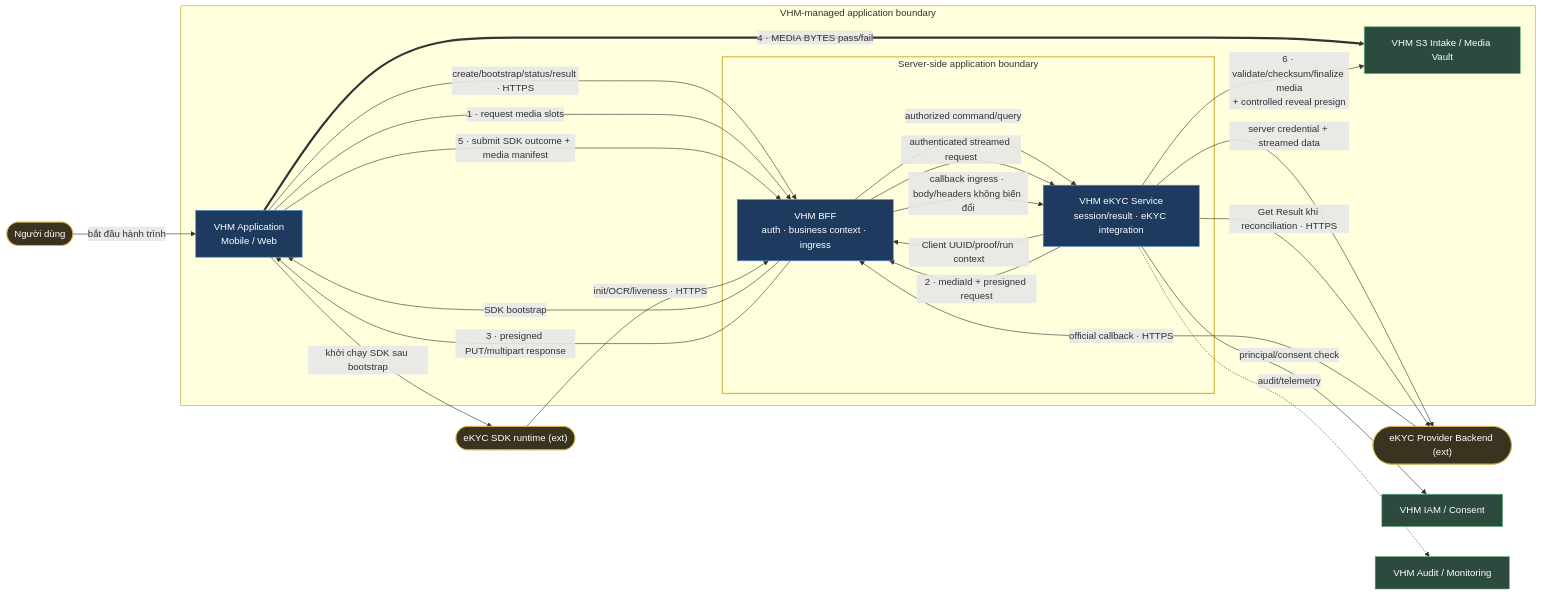
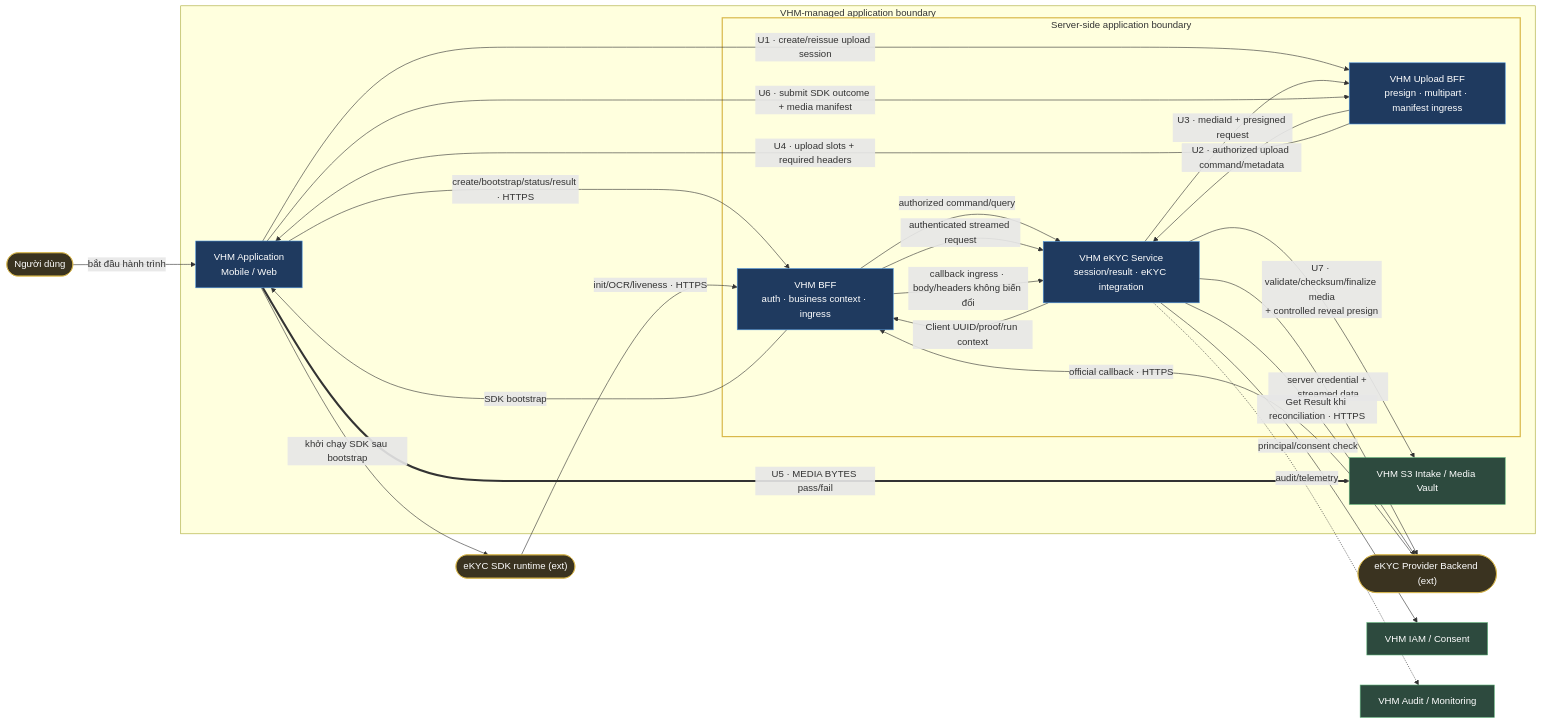
One commit to huynv-xyz/vhm changed the second of 19 diagrams in tdd2.md. Above: the diagram before and after it, drawn with Mermaid. The commit also changed other lines of this file, not shown here.

````diff
--- a/tdd2.md
+++ b/tdd2.md
@@ -408,43 +426,45 @@
 ```mermaid
 flowchart LR
     USER(["Người dùng"]):::entity
     SDK(["eKYC SDK runtime (ext)"]):::entity
     BACKEND(["eKYC Provider Backend (ext)"]):::entity
     IAM["VHM IAM / Consent"]:::owned
     OBS["VHM Audit / Monitoring"]:::owned
 
     subgraph SYS["VHM-managed application boundary"]
         APP["VHM Application<br/>Mobile / Web"]:::bc
         S3["VHM S3 Intake / Media Vault"]:::owned
         subgraph VHMBE["Server-side application boundary"]
             BFF["VHM BFF<br/>auth · business context · ingress"]:::bc
+            UPLOAD_BFF["VHM Upload BFF<br/>presign · multipart · manifest ingress"]:::bc
             EKYC_SERVICE["VHM eKYC Service<br/>session/result · eKYC integration"]:::bc
         end
     end
 
     USER -->|bắt đầu hành trình| APP
     APP -->|create/bootstrap/status/result · HTTPS| BFF
-    APP -->|1 · request media slots| BFF
     BFF -->|authorized command/query| EKYC_SERVICE
     EKYC_SERVICE -->|Client UUID/proof/run context| BFF
     BFF -->|SDK bootstrap| APP
     APP -->|khởi chạy SDK sau bootstrap| SDK
-    EKYC_SERVICE -->|2 · mediaId + presigned request| BFF
-    BFF -->|3 · presigned PUT/multipart response| APP
-    APP ==>|4 · MEDIA BYTES pass/fail| S3
-    APP -->|5 · submit SDK outcome + media manifest| BFF
+    APP -->|U1 · create/reissue upload session| UPLOAD_BFF
+    UPLOAD_BFF -->|U2 · authorized upload command/metadata| EKYC_SERVICE
+    EKYC_SERVICE -->|U3 · mediaId + presigned request| UPLOAD_BFF
+    UPLOAD_BFF -->|U4 · upload slots + required headers| APP
+    APP ==>|U5 · MEDIA BYTES pass/fail| S3
+    APP -->|U6 · submit SDK outcome + media manifest| UPLOAD_BFF
     SDK -->|init/OCR/liveness · HTTPS| BFF
     BFF -->|authenticated streamed request| EKYC_SERVICE
     EKYC_SERVICE -->|server credential + streamed data| BACKEND
     BACKEND -->|official callback · HTTPS| BFF
     BFF -->|callback ingress · body/headers không biến đổi| EKYC_SERVICE
     EKYC_SERVICE -->|Get Result khi reconciliation · HTTPS| BACKEND
     EKYC_SERVICE -->|principal/consent check| IAM
-    EKYC_SERVICE -->|6 · validate/checksum/finalize media<br/>+ controlled reveal presign| S3
+    EKYC_SERVICE -->|U7 · validate/checksum/finalize media<br/>+ controlled reveal presign| S3
     EKYC_SERVICE -.->|audit/telemetry| OBS
 
     classDef bc fill:#1f3a5f,stroke:#4a90d9,color:#fff;
     classDef owned fill:#2d4a3e,stroke:#5fb37a,color:#fff;
     classDef entity fill:#3a3320,stroke:#d9b84a,color:#fff;
     style VHMBE stroke:#d9b84a,stroke-width:2px
 ```
````
